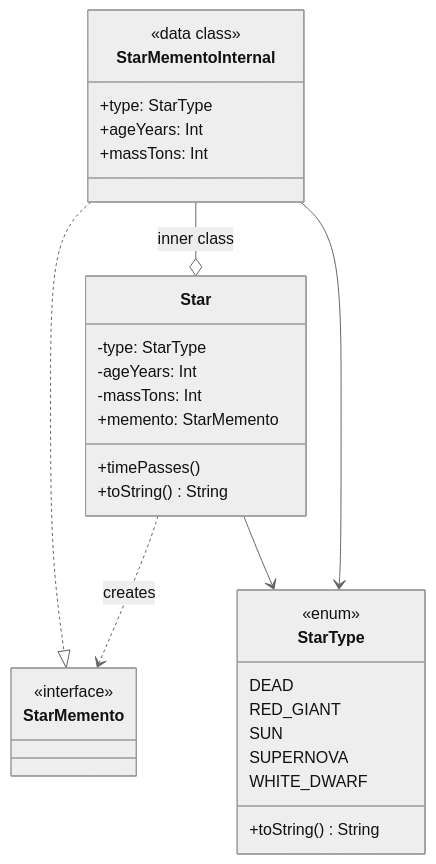
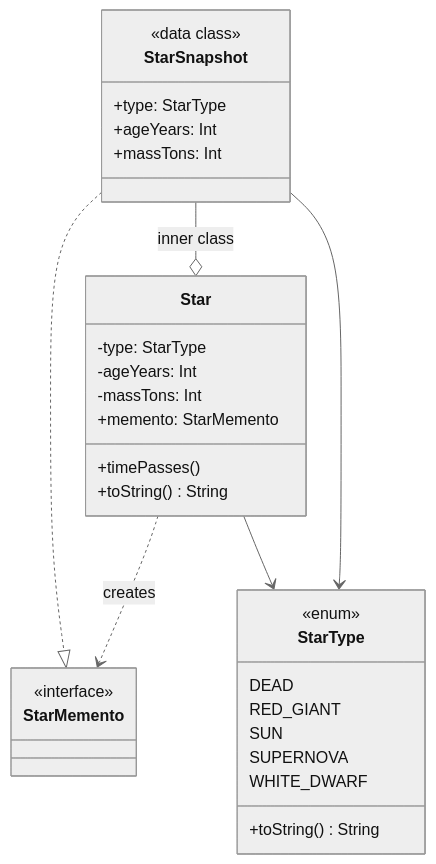
The second of 2 diagrams in memento/README.md (yonatankarp/kotlin-design-patterns), drawn with Mermaid (neutral theme) before and after one commit. The commit also changed other lines of this file and 1 other file, not shown here.

Commit message:
Rename StarMementoInternal to StarSnapshot

````diff
--- a/memento/README.md
+++ b/memento/README.md
@@ -183,35 +183,35 @@
 ```mermaid
 classDiagram
     class StarMemento {
         <<interface>>
     }
     class Star {
         -type: StarType
         -ageYears: Int
         -massTons: Int
         +timePasses()
         +memento: StarMemento
         +toString() String
     }
-    class StarMementoInternal {
+    class StarSnapshot {
         <<data class>>
         +type: StarType
         +ageYears: Int
         +massTons: Int
     }
     class StarType {
         <<enum>>
         DEAD
         RED_GIANT
         SUN
         SUPERNOVA
         WHITE_DWARF
         +toString() String
     }
 
     Star ..> StarMemento : creates
     Star --> StarType
-    StarMementoInternal ..|> StarMemento
-    StarMementoInternal --o Star : inner class
-    StarMementoInternal --> StarType
+    StarSnapshot ..|> StarMemento
+    StarSnapshot --o Star : inner class
+    StarSnapshot --> StarType
 ```
````
